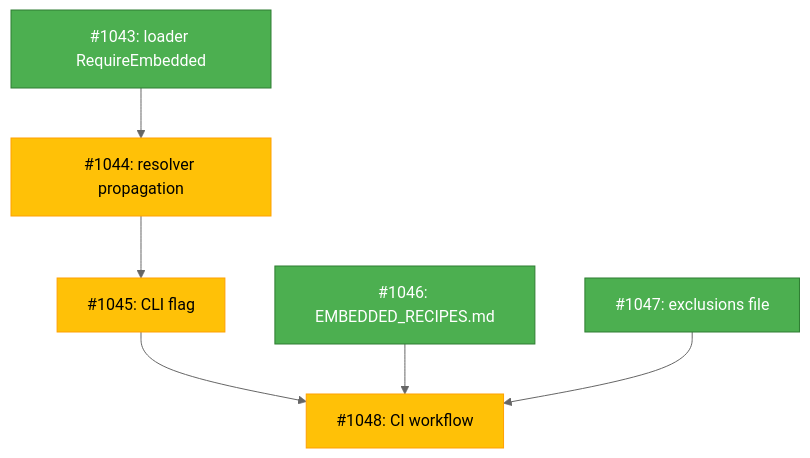
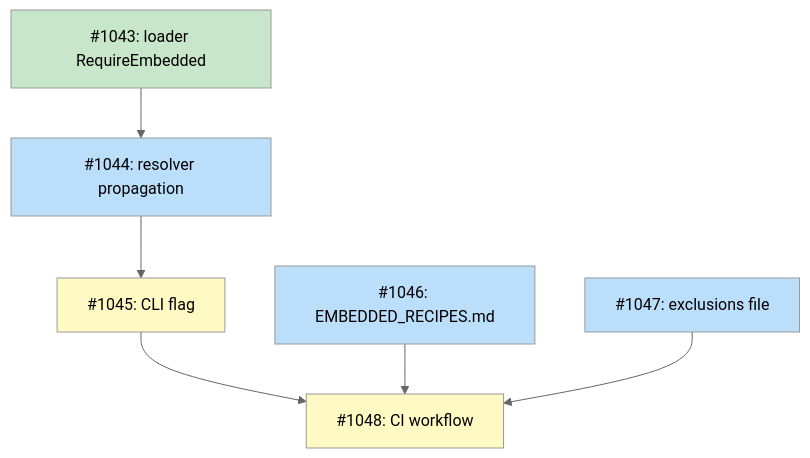
One commit to tsukumogami/tsuku changed the diagram in docs/designs/DESIGN-embedded-recipe-list.md. Above: the diagram before and after it, drawn with Mermaid (neutral theme). The commit also changed other lines of this file and 18 other files, not shown here.

First line of the commit message:
feat(loader): add RequireEmbedded option to loader (#1052)

````diff
--- a/docs/designs/DESIGN-embedded-recipe-list.md
+++ b/docs/designs/DESIGN-embedded-recipe-list.md
@@ -25,18 +25,23 @@
 ```mermaid
 graph TD
-    classDef ready fill:#4CAF50,stroke:#2E7D32,color:white
-    classDef blocked fill:#FFC107,stroke:#FFA000,color:black
-
-    1043["#1043: loader RequireEmbedded"]:::ready
-    1044["#1044: resolver propagation"]:::blocked
-    1045["#1045: CLI flag"]:::blocked
-    1046["#1046: EMBEDDED_RECIPES.md"]:::ready
-    1047["#1047: exclusions file"]:::ready
-    1048["#1048: CI workflow"]:::blocked
+    1043["#1043: loader RequireEmbedded"]
+    1044["#1044: resolver propagation"]
+    1045["#1045: CLI flag"]
+    1046["#1046: EMBEDDED_RECIPES.md"]
+    1047["#1047: exclusions file"]
+    1048["#1048: CI workflow"]
 
     1043 --> 1044
     1044 --> 1045
     1045 --> 1048
     1046 --> 1048
     1047 --> 1048
+
+    classDef done fill:#c8e6c9
+    classDef ready fill:#bbdefb
+    classDef blocked fill:#fff9c4
+
+    class 1043 done
+    class 1044,1046,1047 ready
+    class 1045,1048 blocked
 ```
````
